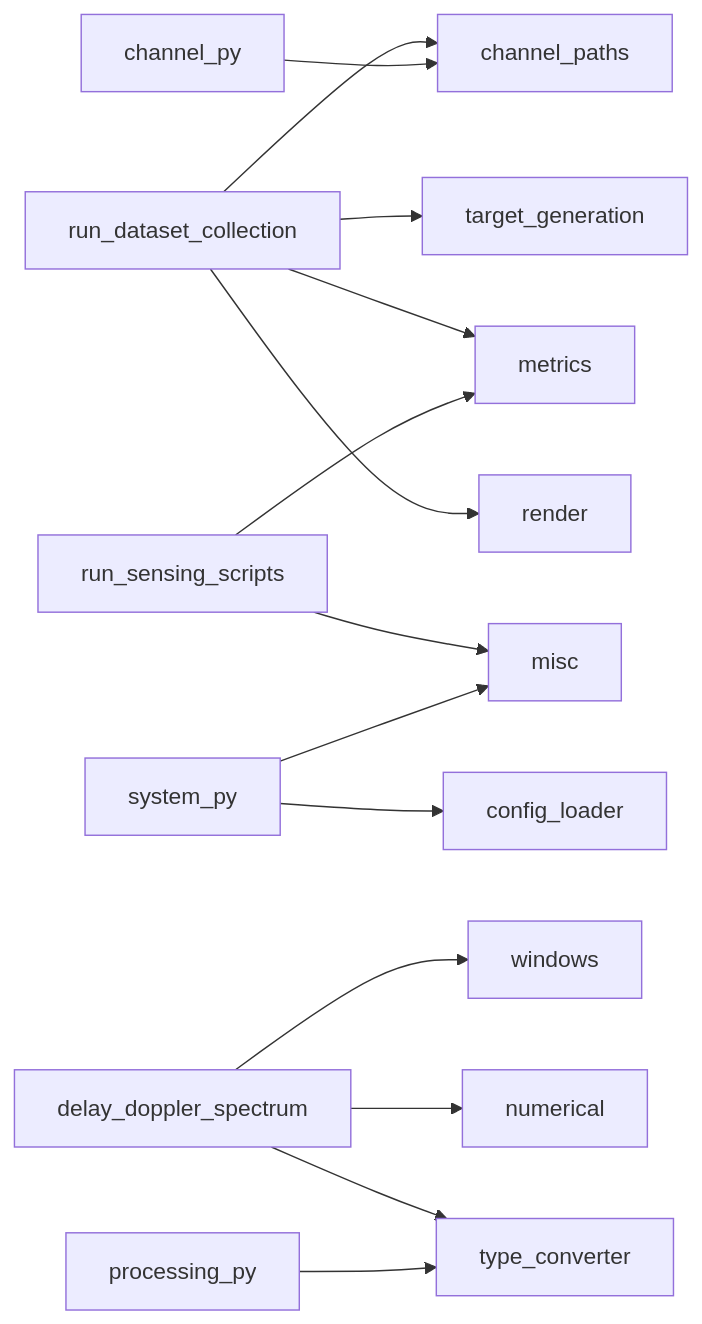
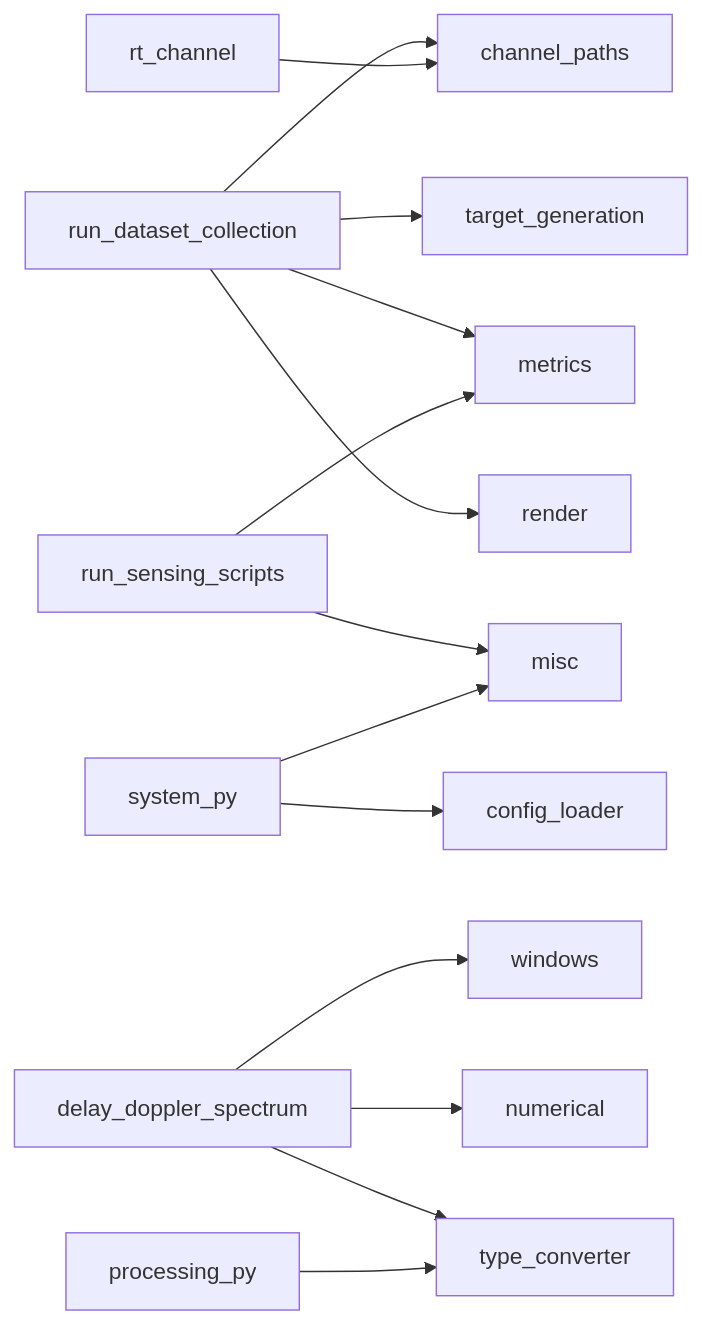
The diagram in docs/utils-functions.md (GitLinhp/isac), drawn with Mermaid before and after one commit. The commit also changed other lines of this file and 31 other files, not shown here.

````diff
--- a/docs/utils-functions.md
+++ b/docs/utils-functions.md
@@ -77,16 +77,16 @@
 ```mermaid
 flowchart LR
   run_dataset_collection --> channel_paths
   run_dataset_collection --> target_generation
   run_dataset_collection --> metrics
   run_dataset_collection --> render
   run_sensing_scripts --> metrics
   run_sensing_scripts --> misc
   system_py --> config_loader
   system_py --> misc
-  channel_py --> channel_paths
+  rt_channel --> channel_paths
   delay_doppler_spectrum --> windows
   delay_doppler_spectrum --> numerical
   delay_doppler_spectrum --> type_converter
   processing_py --> type_converter
 ```
````
